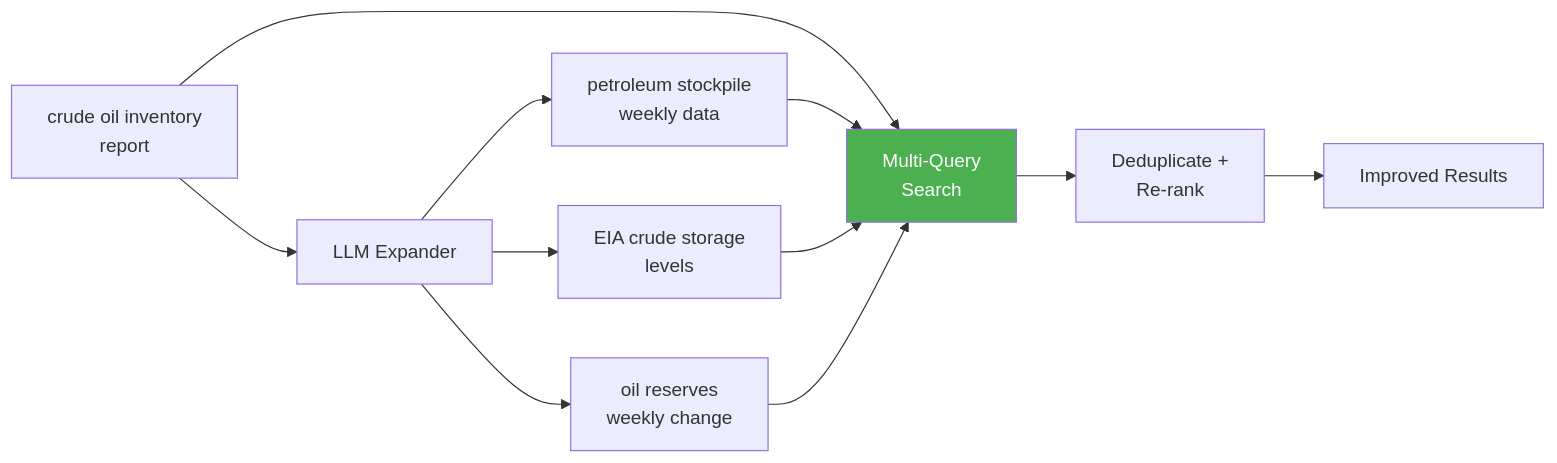
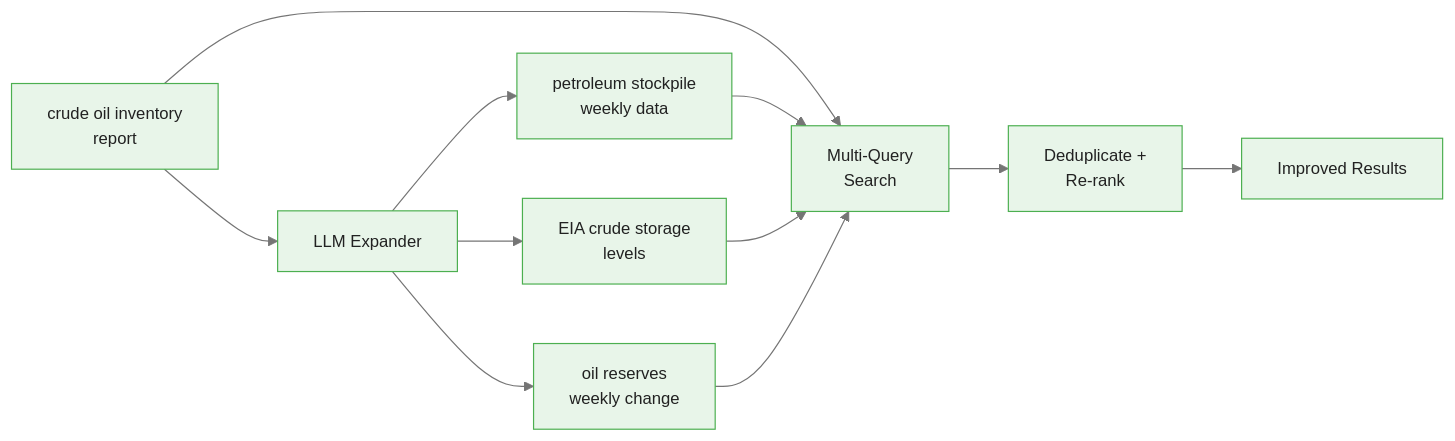
Before and after one commit to m-deane/course-creator: the third of 7 diagrams in courses/dataiku-genai/modules/module_02_rag/guides/02_retrieval_strategies_slides.md, drawn with Mermaid. The commit also changed other lines of this file and 54 other files, not shown here.

````diff
--- a/courses/dataiku-genai/modules/module_02_rag/guides/02_retrieval_strategies_slides.md
+++ b/courses/dataiku-genai/modules/module_02_rag/guides/02_retrieval_strategies_slides.md
@@ -201,16 +216,15 @@
 ```mermaid
+%%{init: {"theme": "base", "themeVariables": {"primaryColor": "#e8f5e9", "primaryBorderColor": "#4caf50", "primaryTextColor": "#212121", "secondaryColor": "#e3f2fd", "tertiaryColor": "#fff8e1", "lineColor": "#757575", "fontFamily": "Inter, sans-serif", "fontSize": "14px"}}}%%
 flowchart LR
     ORIG["crude oil inventory<br/>report"] --> LLM[LLM Expander]
     LLM --> E1["petroleum stockpile<br/>weekly data"]
     LLM --> E2["EIA crude storage<br/>levels"]
     LLM --> E3["oil reserves<br/>weekly change"]
 
     ORIG --> SEARCH[Multi-Query<br/>Search]
     E1 --> SEARCH
     E2 --> SEARCH
     E3 --> SEARCH
     SEARCH --> DEDUP[Deduplicate +<br/>Re-rank]
     DEDUP --> RESULTS[Improved Results]
-
-    style SEARCH fill:#4CAF50,color:#fff
 ```
````
